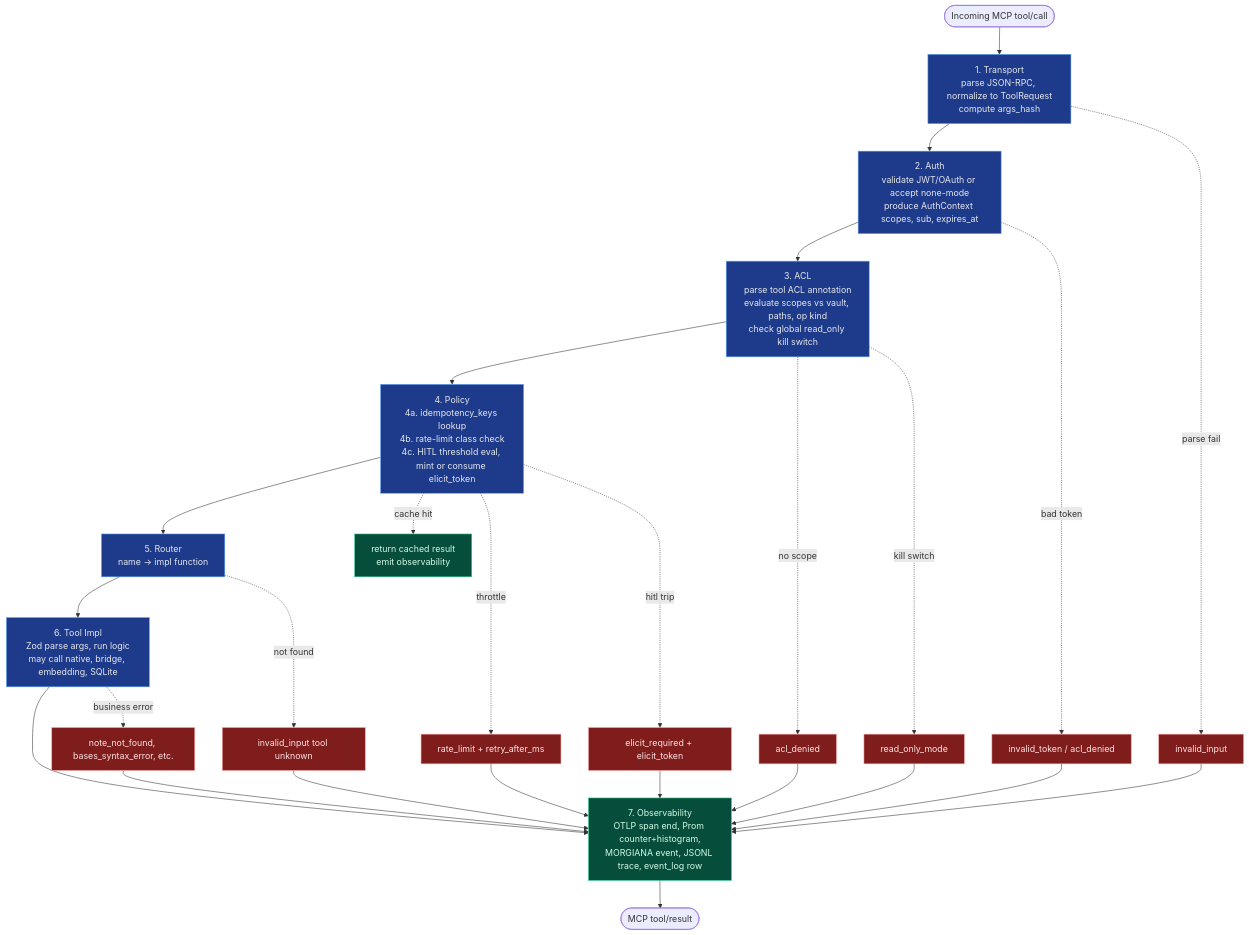
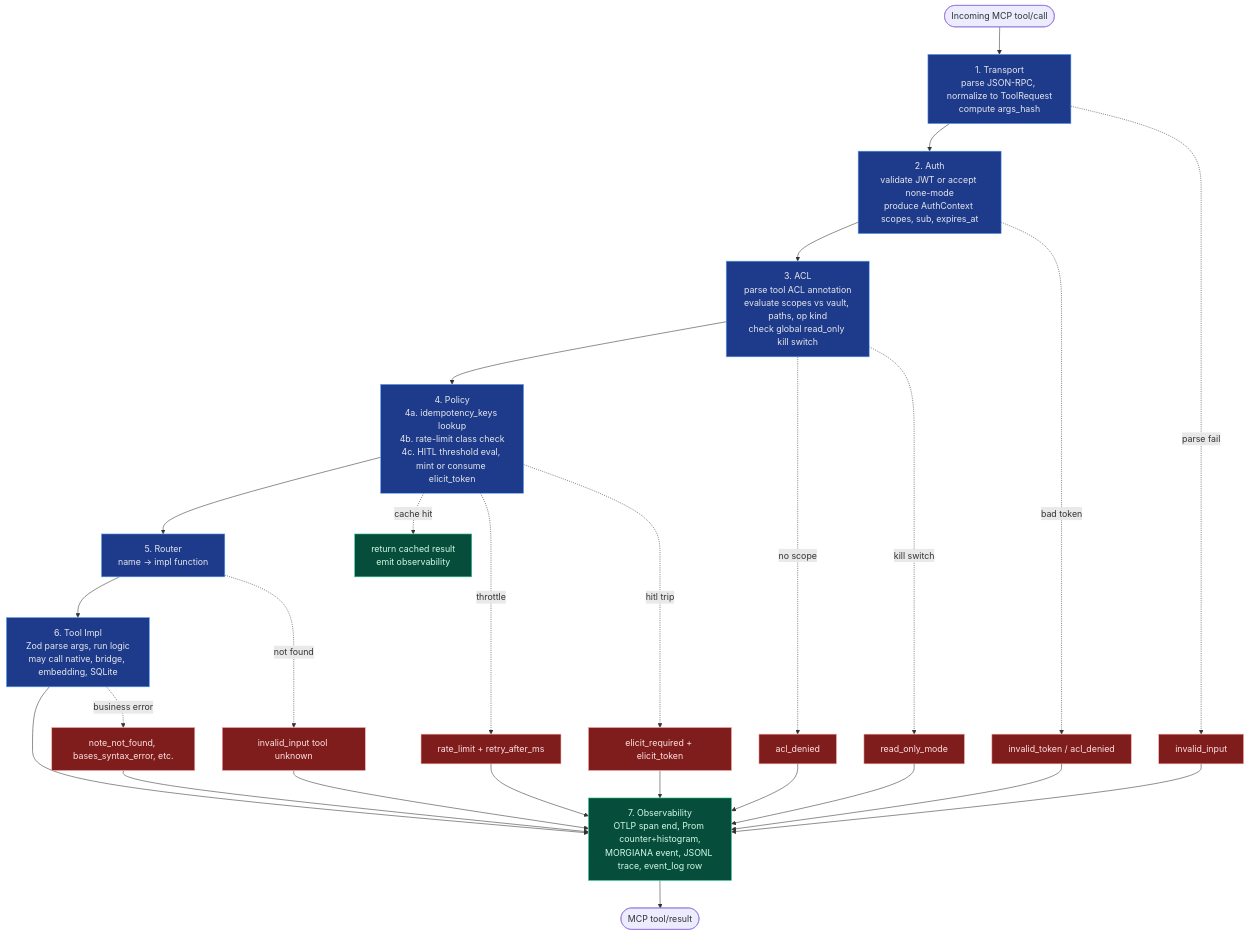
The diagram in ARCHITECTURE.md (The-40-Thieves/obsidian-tc), drawn with Mermaid before and after one commit. The commit also changed other lines of this file and 1 other file, not shown here.

Commit message:
docs: clean up residual OAuth + 4-platform mentions in ARCHITECTURE/README (THE-278) (#91)
Follow-up to #90: the §2 auth-layer one-liner and the layer mermaid still said
"JWT/OAuth" (obsidian-tc validates JWT only), and the README M7 milestone row still
said "4-platform native prebuilds" (now eight triples). The competitor-comparison
row's "JWT/OAuth" describes cyanheads/obsidian-mcp-server and is left as-is.

Refs THE-278.

````diff
--- a/ARCHITECTURE.md
+++ b/ARCHITECTURE.md
@@ -125,49 +125,49 @@
 ```mermaid
 flowchart TB
     classDef ts fill:#1e3a8a,stroke:#60a5fa,color:#e5e7eb
     classDef store fill:#312e81,stroke:#a78bfa,color:#ede9fe
     classDef obs fill:#064e3b,stroke:#34d399,color:#d1fae5
     classDef err fill:#7f1d1d,stroke:#fca5a5,color:#fee2e2
 
     req([Incoming MCP tool/call])
     req --> transport
 
     transport[1. Transport<br/>parse JSON-RPC, normalize to ToolRequest<br/>compute args_hash]:::ts
     transport --> auth
     transport -.parse fail.-> errTransport[invalid_input]:::err
 
-    auth[2. Auth<br/>validate JWT/OAuth or accept none-mode<br/>produce AuthContext scopes, sub, expires_at]:::ts
+    auth[2. Auth<br/>validate JWT or accept none-mode<br/>produce AuthContext scopes, sub, expires_at]:::ts
     auth --> acl
     auth -.bad token.-> errAuth[invalid_token / acl_denied]:::err
 
     acl[3. ACL<br/>parse tool ACL annotation<br/>evaluate scopes vs vault, paths, op kind<br/>check global read_only kill switch]:::ts
     acl --> policy
     acl -.no scope.-> errAcl[acl_denied]:::err
     acl -.kill switch.-> errReadOnly[read_only_mode]:::err
 
     policy[4. Policy<br/>4a. idempotency_keys lookup<br/>4b. rate-limit class check<br/>4c. HITL threshold eval, mint or consume elicit_token]:::ts
     policy --> router
     policy -.cache hit.-> cached[return cached result<br/>emit observability]:::obs
     policy -.throttle.-> errRate[rate_limit + retry_after_ms]:::err
     policy -.hitl trip.-> errElicit[elicit_required + elicit_token]:::err
 
     router[5. Router<br/>name → impl function]:::ts
     router --> impl
     router -.not found.-> errRouter[invalid_input tool unknown]:::err
 
     impl[6. Tool Impl<br/>Zod parse args, run logic<br/>may call native, bridge, embedding, SQLite]:::ts
     impl --> obsEmit
     impl -.business error.-> errImpl[note_not_found, bases_syntax_error, etc.]:::err
 
     obsEmit[7. Observability<br/>OTLP span end, Prom counter+histogram,<br/>MORGIANA event, JSONL trace, event_log row]:::obs
     obsEmit --> resp([MCP tool/result])
 
     errTransport --> obsEmit
     errAuth --> obsEmit
     errAcl --> obsEmit
     errReadOnly --> obsEmit
     errRate --> obsEmit
     errElicit --> obsEmit
     errRouter --> obsEmit
     errImpl --> obsEmit
 ```
````
